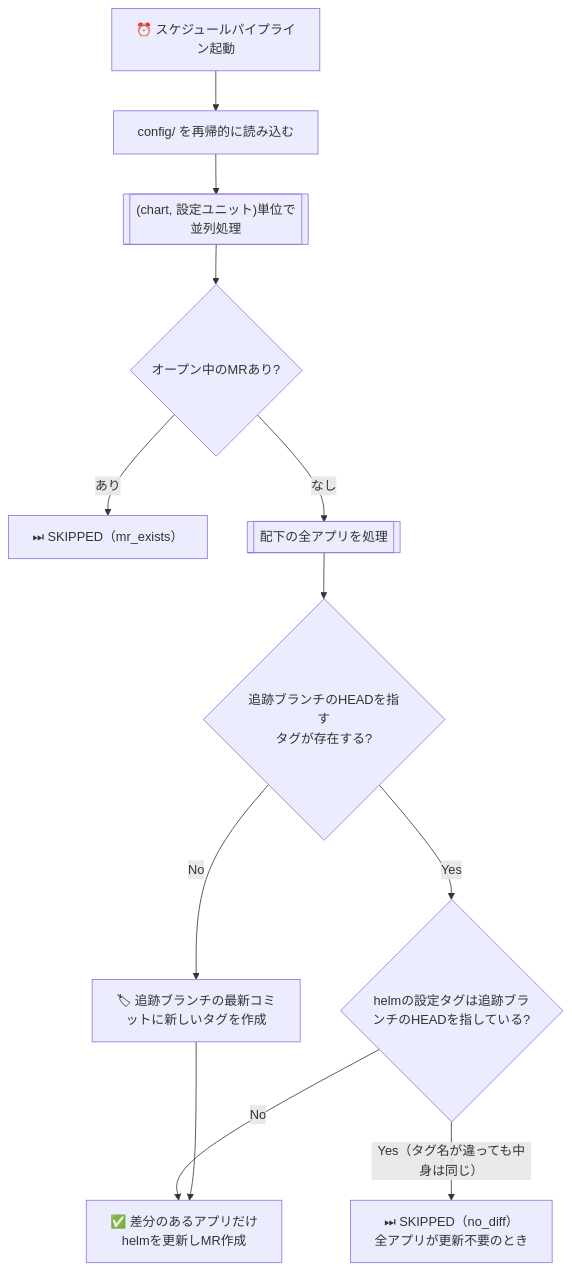
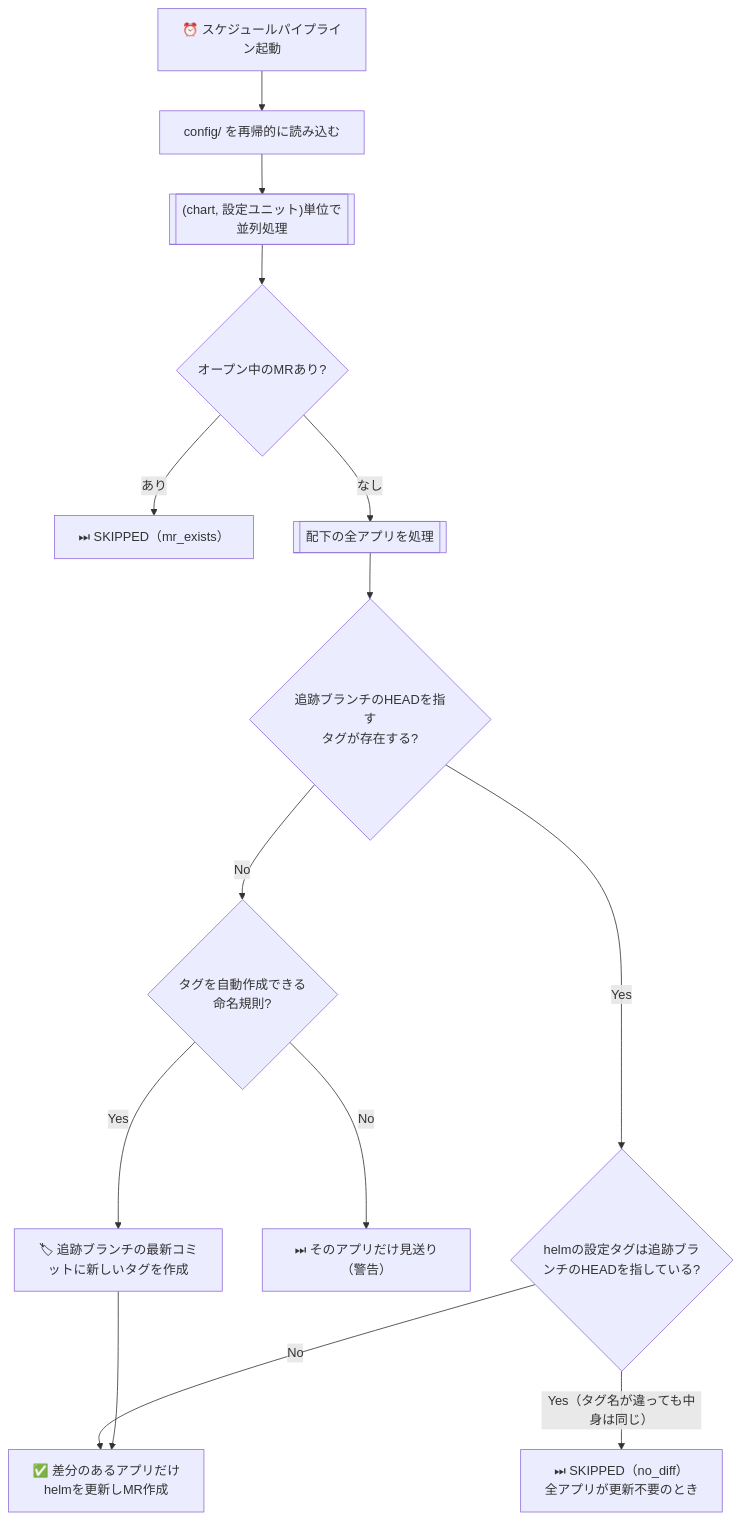
The diagram in README.md (sinnlosses/helm-yadokari), drawn with Mermaid before and after one commit. The commit also changed other lines of this file and 26 other files, not shown here.

````diff
--- a/README.md
+++ b/README.md
@@ -112,14 +142,16 @@
 ```mermaid
 flowchart TD
     A[⏰ スケジュールパイプライン起動] --> B[config/ を再帰的に読み込む]
     B --> C[["(chart, 設定ユニット)単位で並列処理"]]
     C --> D{オープン中のMRあり?}
     D -->|あり| E1["⏭ SKIPPED（mr_exists）"]
     D -->|なし| F[[配下の全アプリを処理]]
     F --> G{追跡ブランチのHEADを指す<br>タグが存在する?}
-    G -->|No| H[🏷 追跡ブランチの最新コミットに新しいタグを作成]
+    G -->|No| H{タグを自動作成できる<br>命名規則?}
+    H -->|Yes| H1[🏷 追跡ブランチの最新コミットに新しいタグを作成]
+    H -->|No| H2["⏭ そのアプリだけ見送り（警告）"]
     G -->|Yes| I{helmの設定タグは追跡ブランチのHEADを指している?}
     I -->|Yes（タグ名が違っても中身は同じ）| E2["⏭ SKIPPED（no_diff）<br/>全アプリが更新不要のとき"]
     I -->|No| J[✅ 差分のあるアプリだけ<br>helmを更新しMR作成]
-    H --> J
+    H1 --> J
 ```
````
